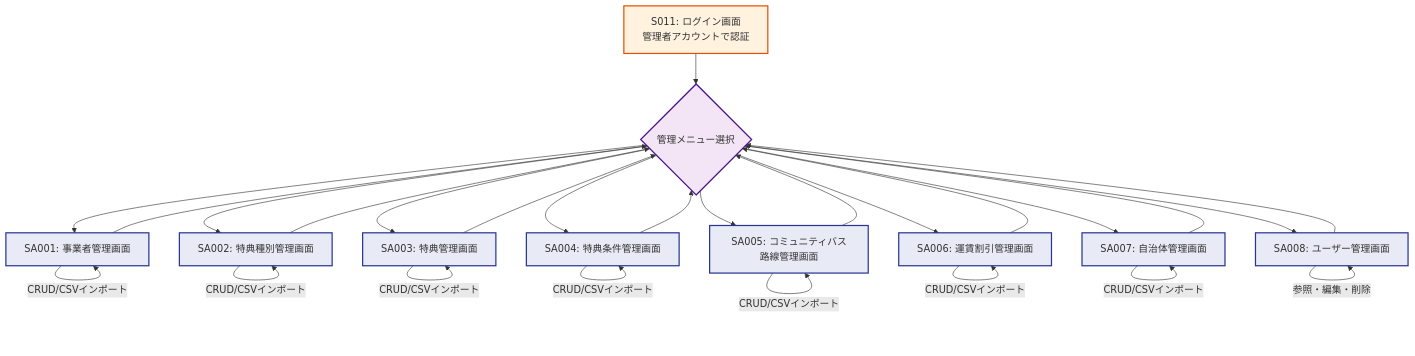
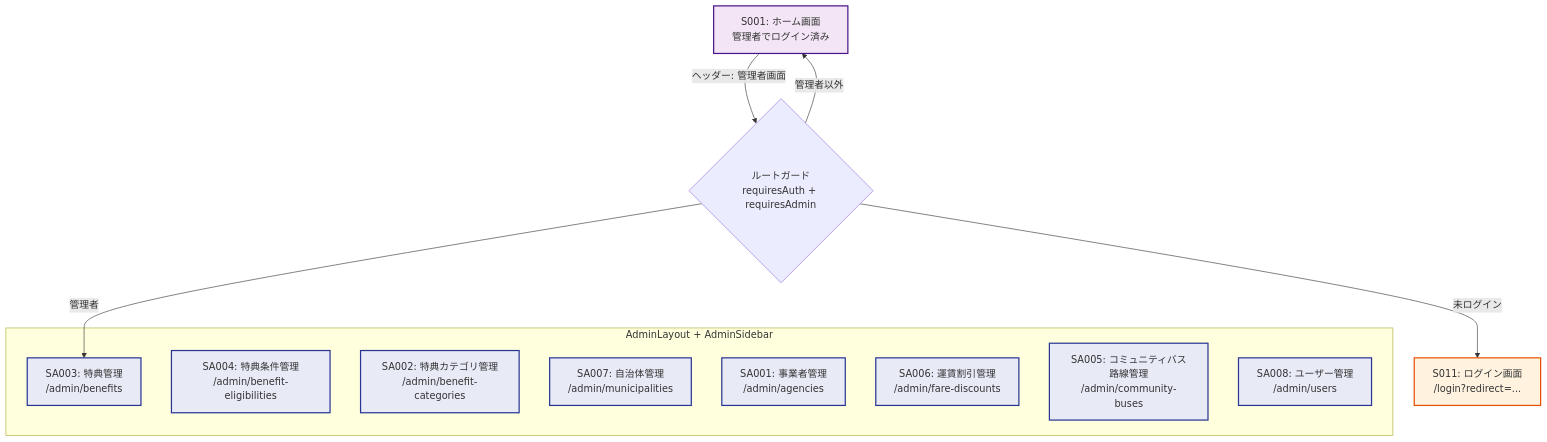
One commit to taichi0373/kumamoto-henno-map changed the seventh of 8 diagrams in docs/02_functions/screen_flow.md. Above: the diagram before and after it, drawn with Mermaid. The commit also changed other lines of this file and 26 other files, not shown here.

````diff
--- a/docs/02_functions/screen_flow.md
+++ b/docs/02_functions/screen_flow.md
@@ -110,39 +154,25 @@
 ```mermaid
 graph TD
-    AdminLogin[S011: ログイン画面\n管理者アカウントで認証] --> AdminDash{管理メニュー選択}
+    Home[S001: ホーム画面<br/>管理者でログイン済み] -- ヘッダー: 管理者画面 --> Guard{ルートガード<br/>requiresAuth + requiresAdmin}
+    Guard -- 未ログイン --> Login[S011: ログイン画面<br/>/login?redirect=...]
+    Guard -- 管理者以外 --> Home
+    Guard -- 管理者 --> SA003
 
-    AdminDash --> SA001[SA001: 事業者管理画面]
-    AdminDash --> SA002[SA002: 特典種別管理画面]
-    AdminDash --> SA003[SA003: 特典管理画面]
-    AdminDash --> SA004[SA004: 特典条件管理画面]
-    AdminDash --> SA005[SA005: コミュニティバス路線管理画面]
-    AdminDash --> SA006[SA006: 運賃割引管理画面]
-    AdminDash --> SA007[SA007: 自治体管理画面]
-    AdminDash --> SA008[SA008: ユーザー管理画面]
-
-    SA001 -- CRUD/CSVインポート --> SA001
-    SA002 -- CRUD/CSVインポート --> SA002
-    SA003 -- CRUD/CSVインポート --> SA003
-    SA004 -- CRUD/CSVインポート --> SA004
-    SA005 -- CRUD/CSVインポート --> SA005
-    SA006 -- CRUD/CSVインポート --> SA006
-    SA007 -- CRUD/CSVインポート --> SA007
-    SA008 -- 参照・編集・削除 --> SA008
-
-    SA001 --> AdminDash
-    SA002 --> AdminDash
-    SA003 --> AdminDash
-    SA004 --> AdminDash
-    SA005 --> AdminDash
-    SA006 --> AdminDash
-    SA007 --> AdminDash
-    SA008 --> AdminDash
+    subgraph AdminLayout [AdminLayout + AdminSidebar]
+        SA003[SA003: 特典管理<br/>/admin/benefits]
+        SA004[SA004: 特典条件管理<br/>/admin/benefit-eligibilities]
+        SA002[SA002: 特典カテゴリ管理<br/>/admin/benefit-categories]
+        SA007[SA007: 自治体管理<br/>/admin/municipalities]
+        SA001[SA001: 事業者管理<br/>/admin/agencies]
+        SA006[SA006: 運賃割引管理<br/>/admin/fare-discounts]
+        SA005[SA005: コミュニティバス路線管理<br/>/admin/community-buses]
+        SA008[SA008: ユーザー管理<br/>/admin/users]
+    end
 
     classDef authStyle fill:#fff3e0,stroke:#e65100,stroke-width:2px
     classDef adminStyle fill:#e8eaf6,stroke:#283593,stroke-width:2px
-    classDef menuStyle fill:#f3e5f5,stroke:#4a148c,stroke-width:2px
-
-    class AdminLogin authStyle
-    class AdminDash menuStyle
+    classDef mainStyle fill:#f3e5f5,stroke:#4a148c,stroke-width:2px
+    class Login authStyle
+    class Home mainStyle
     class SA001,SA002,SA003,SA004,SA005,SA006,SA007,SA008 adminStyle
 ```
````
